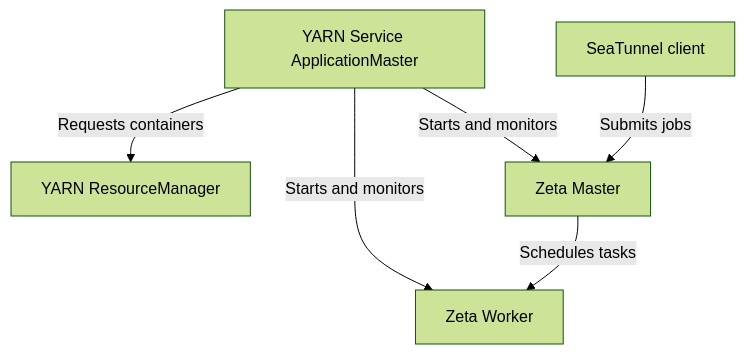
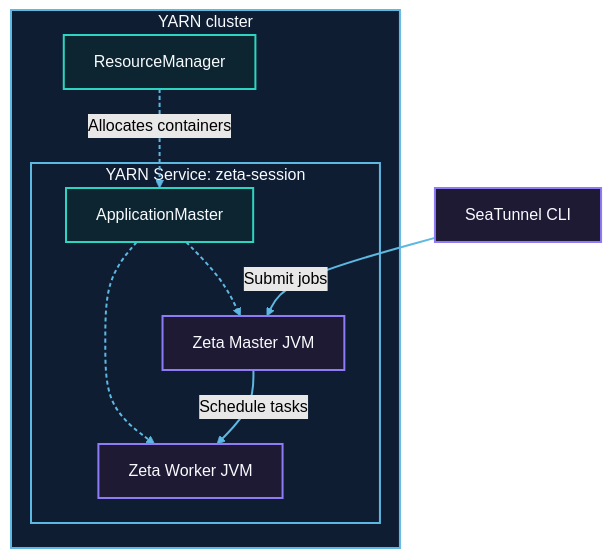
Before and after one commit to apache/seatunnel: the second of 2 diagrams in docs/en/getting-started/yarn/yarn.mdx, drawn with Mermaid (forest theme). The commit also changed other lines of this file and 10 other files, not shown here.

Commit message:
[Docs][Zeta] Cover hybrid and separated YARN cluster deployments

````diff
--- a/docs/en/getting-started/yarn/yarn.mdx
+++ b/docs/en/getting-started/yarn/yarn.mdx
@@ -28,8 +71,30 @@
 ```mermaid
-flowchart TD
-    am["YARN Service ApplicationMaster"] -->|Requests containers| rm["YARN ResourceManager"]
-    am -->|Starts and monitors| master["Zeta Master"]
-    am -->|Starts and monitors| worker["Zeta Worker"]
-    client["SeaTunnel client"] -->|Submits jobs| master
-    master -->|Schedules tasks| worker
+flowchart TB
+  client["SeaTunnel CLI"]
+
+  subgraph yarn["YARN cluster"]
+    rm["ResourceManager"]
+
+    subgraph session["YARN Service: zeta-session"]
+      am["ApplicationMaster"]
+      master["Zeta Master JVM"]
+      worker["Zeta Worker JVM"]
+    end
+  end
+
+  rm -. "Allocates containers" .-> am
+  am -.-> master
+  am -.-> worker
+  client -->|Submit jobs| master
+  master -->|Schedule tasks| worker
+
+  classDef layerBlue fill:#0f1d33,stroke:#5db8e2,stroke-width:2px,color:#f8fbff;
+  classDef layerCyan fill:#0c2530,stroke:#2dd4bf,stroke-width:2px,color:#f8fbff;
+  classDef layerPurple fill:#1f1a34,stroke:#8d7cf6,stroke-width:2px,color:#f8fbff;
+
+  class yarn,session layerBlue;
+  class rm,am layerCyan;
+  class client,master,worker layerPurple;
+  linkStyle default stroke:#5db8e2,stroke-width:2px;
+  linkStyle 0,1,2 stroke:#5db8e2,stroke-width:2px,stroke-dasharray:4 3;
 ```
````
